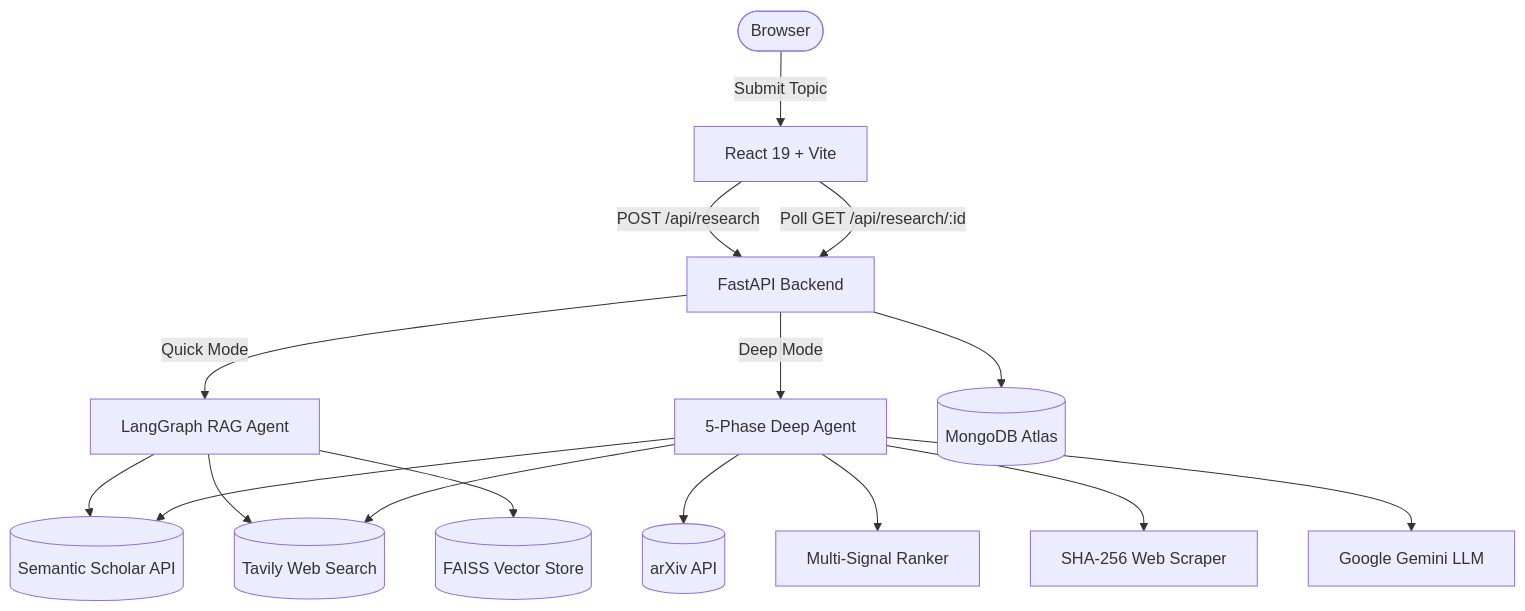
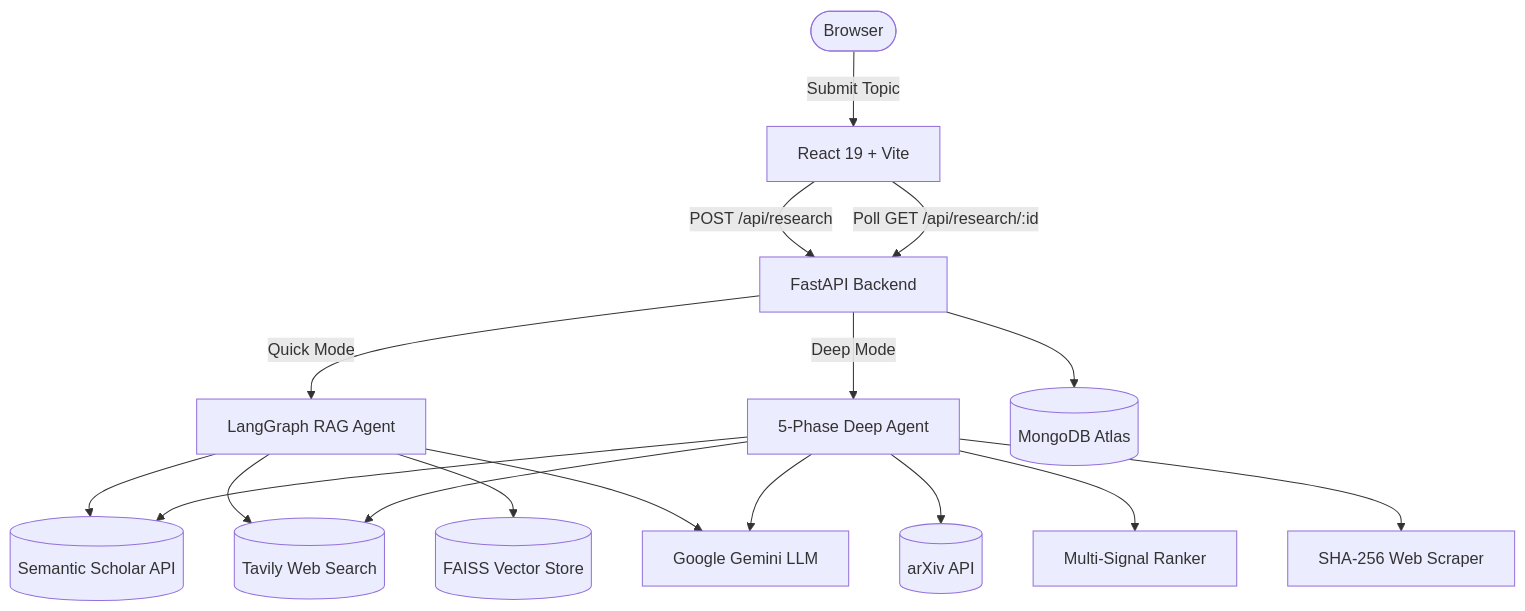
Before and after one commit to deepak8186863620/Deep_Research_Analysis: the diagram in README.md, drawn with Mermaid. The commit also changed other lines of this file, not shown here.

````diff
--- a/README.md
+++ b/README.md
@@ -37,21 +51,22 @@
 ```mermaid
 graph TD
     User([Browser]) -->|Submit Topic| React[React 19 + Vite]
     React -->|POST /api/research| FastAPI[FastAPI Backend]
     FastAPI -->|Quick Mode| LangGraph[LangGraph RAG Agent]
     FastAPI -->|Deep Mode| DeepAgent[5-Phase Deep Agent]
 
     LangGraph --> SemanticScholar[(Semantic Scholar API)]
     LangGraph --> Tavily[(Tavily Web Search)]
     LangGraph --> FAISS[(FAISS Vector Store)]
+    LangGraph --> Gemini[Google Gemini LLM]
 
     DeepAgent --> SemanticScholar
     DeepAgent --> ArXiv[(arXiv API)]
     DeepAgent --> Tavily
     DeepAgent --> Ranker[Multi-Signal Ranker]
     DeepAgent --> WebScraper[SHA-256 Web Scraper]
-    DeepAgent --> Gemini[Google Gemini LLM]
+    DeepAgent --> Gemini
 
     FastAPI --> MongoDB[(MongoDB Atlas)]
     React -->|Poll GET /api/research/:id| FastAPI
 ```
````
